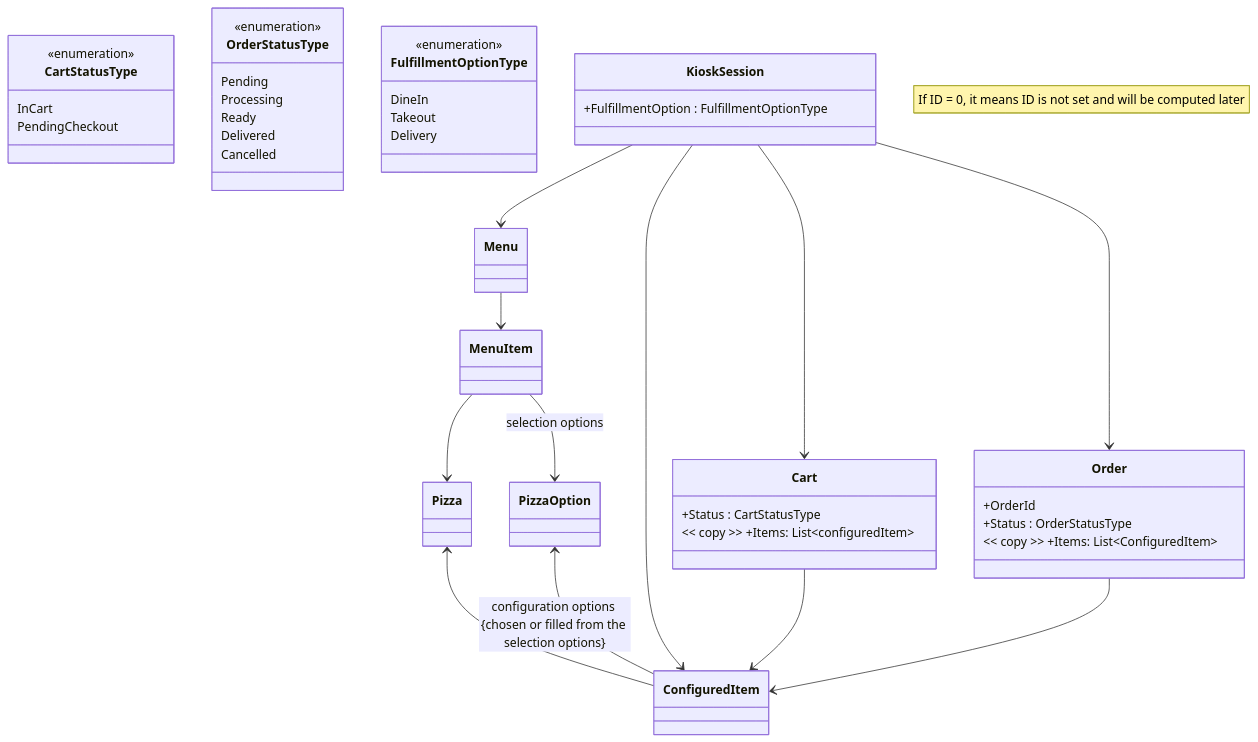
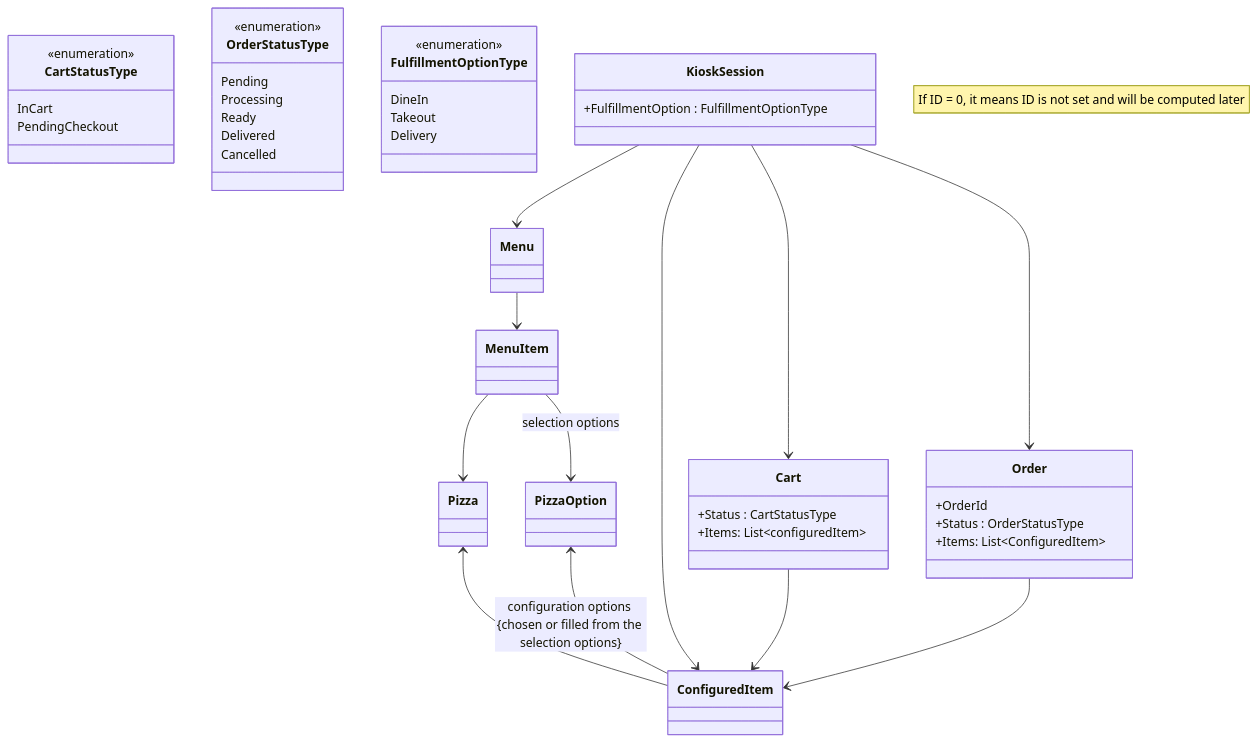
The diagram in README.md (ekral/Utb.PizzaKiosk), drawn with Mermaid before and after one commit.

Commit message:
Delete copy

````diff
--- a/README.md
+++ b/README.md
@@ -160,59 +160,59 @@
 ```mermaid
  classDiagram
    note "If ID = 0, it means ID is not set and will be computed later"
    %% direction LR
    class PizzaOption
    class Pizza
    class MenuItem
    class Menu
    class ConfiguredItem
 
    class CartStatusType{
       <<enumeration>>
       InCart
       PendingCheckout
    }
 
    class Cart{
       +Status : CartStatusType
-      << copy >> +Items: List~configuredItem~
+      +Items: List~configuredItem~
    }
 
    class OrderStatusType{
       <<enumeration>>
       Pending
       Processing
       Ready
       Delivered
       Cancelled
    }
 
    class Order{
       +OrderId
       +Status : OrderStatusType
-       << copy >> +Items: List~ConfiguredItem~
+      +Items: List~ConfiguredItem~
    }
 
    class FulfillmentOptionType{
       <<enumeration>>
       DineIn
       Takeout
       Delivery
    }
 
    class KioskSession{
       +FulfillmentOption : FulfillmentOptionType
    }
 
    MenuItem --> Pizza
    Pizza <-- ConfiguredItem
    MenuItem --> PizzaOption : selection options
    PizzaOption <-- ConfiguredItem : configuration options {chosen or filled from the selection options}
    Menu --> MenuItem
    KioskSession --> Menu
    KioskSession  --> ConfiguredItem
    KioskSession  --> Cart
    KioskSession  --> Order
    Cart --> ConfiguredItem
    Order --> ConfiguredItem
 ```
````
